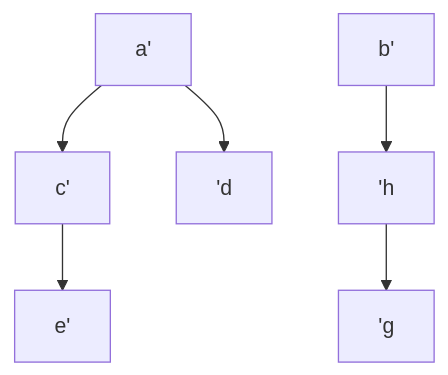
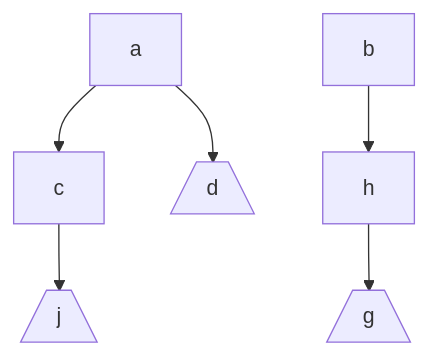
The second of 4 diagrams in docs/diffs.md (caente/mismatch), drawn with Mermaid before and after one commit. The commit also changed other lines of this file and 2 other files, not shown here.

````diff
--- a/docs/diffs.md
+++ b/docs/diffs.md
@@ -52,8 +66,8 @@
 ```mermaid
 graph TB
-a' --> c' --> e'
-a' --> 'd
-b' --> 'h --> 'g
+a --> c --> e[/j\]
+a --> d[/d\]
+b --> h --> g[/g\]
 
     
 ```
````
